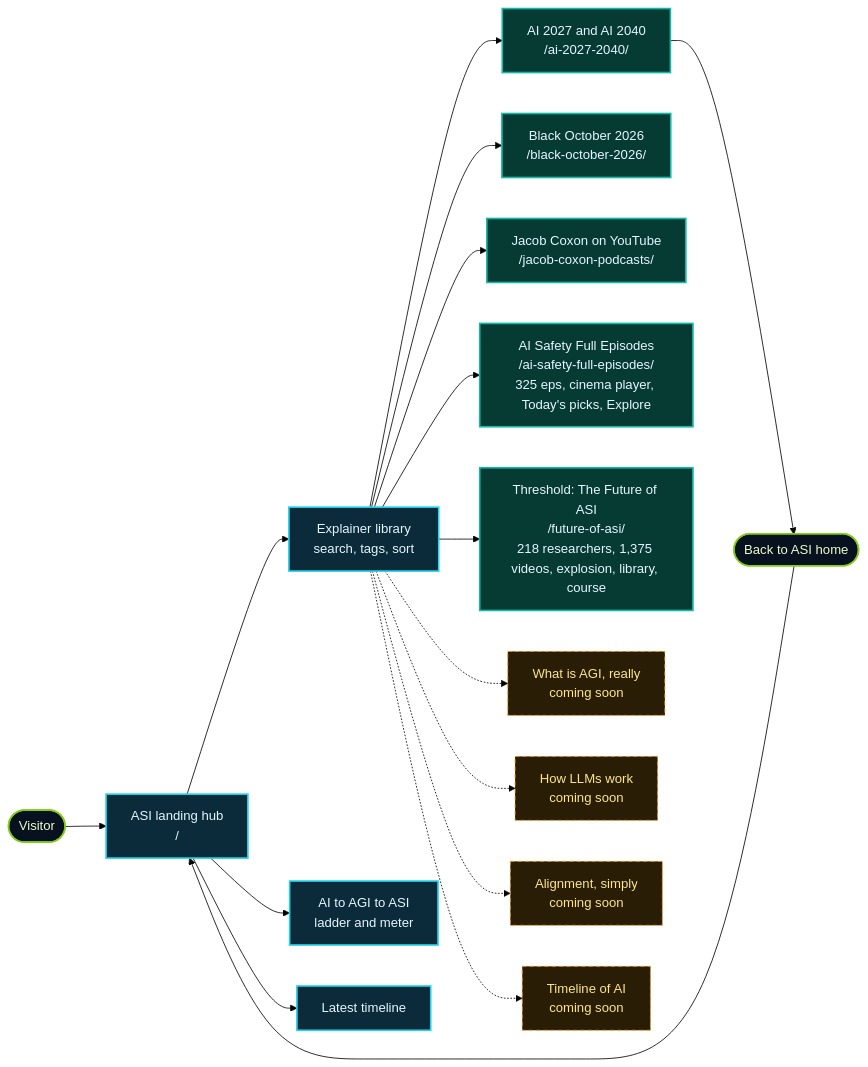
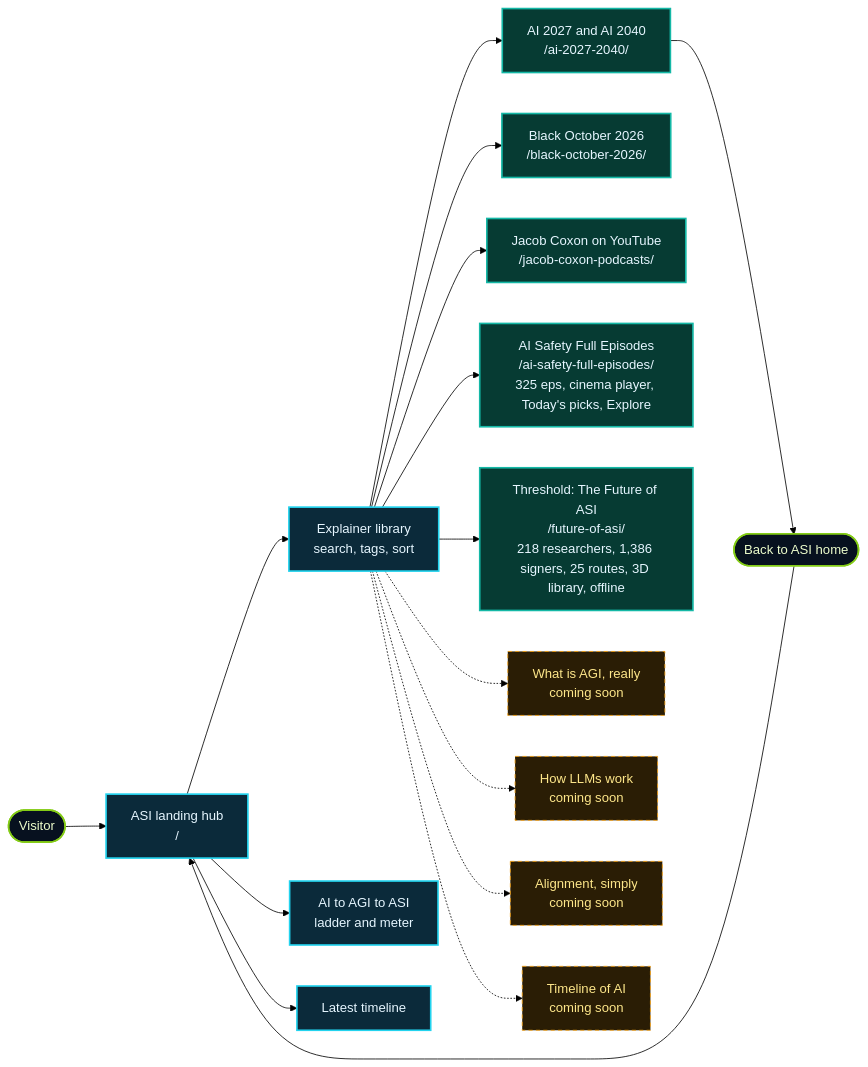
The first of 13 diagrams in README.md (lo3elyon/ASI), drawn with Mermaid (forest theme) before and after one commit. The commit also changed other lines of this file and 1575 other files, not shown here.

Commit message:
Threshold Round 3: categorised menu, GitHub link, offline reading, 10 new routes, WebGL library, 79 titles, 217 researcher and 574 signer photos, 1,386 signers, per page fonts

````diff
--- a/README.md
+++ b/README.md
@@ -71,26 +71,26 @@
 ```mermaid
 flowchart LR
     V(["Visitor"]) --> H["ASI landing hub<br/>/"]
     H --> L["Explainer library<br/>search, tags, sort"]
     H --> G["AI to AGI to ASI<br/>ladder and meter"]
     H --> T["Latest timeline"]
     L --> E1["AI 2027 and AI 2040<br/>/ai-2027-2040/"]
     L --> E6["Black October 2026<br/>/black-october-2026/"]
     L --> E7["Jacob Coxon on YouTube<br/>/jacob-coxon-podcasts/"]
     L --> E8["AI Safety Full Episodes<br/>/ai-safety-full-episodes/<br/>325 eps, cinema player, Today's picks, Explore"]
-    L --> E9["Threshold: The Future of ASI<br/>/future-of-asi/<br/>218 researchers, 1,375 videos, explosion, library, course"]
+    L --> E9["Threshold: The Future of ASI<br/>/future-of-asi/<br/>218 researchers, 1,386 signers, 25 routes, 3D library, offline"]
     L -.-> E2["What is AGI, really<br/>coming soon"]
     L -.-> E3["How LLMs work<br/>coming soon"]
     L -.-> E4["Alignment, simply<br/>coming soon"]
     L -.-> E5["Timeline of AI<br/>coming soon"]
     E1 --> B(["Back to ASI home"])
     B --> H
     classDef hub fill:#0b2a3a,stroke:#22d3ee,stroke-width:2px,color:#e6f6ff
     classDef live fill:#063b33,stroke:#14b8a6,stroke-width:2px,color:#e6f6ff
     classDef soon fill:#2a1d05,stroke:#f59e0b,stroke-dasharray:5 4,color:#fde68a
     classDef user fill:#07111f,stroke:#84cc16,stroke-width:2px,color:#ecfccb
     class H,L,G,T hub
     class E1,E6,E7,E8,E9 live
     class E2,E3,E4,E5 soon
     class V,B user
 ```
````
